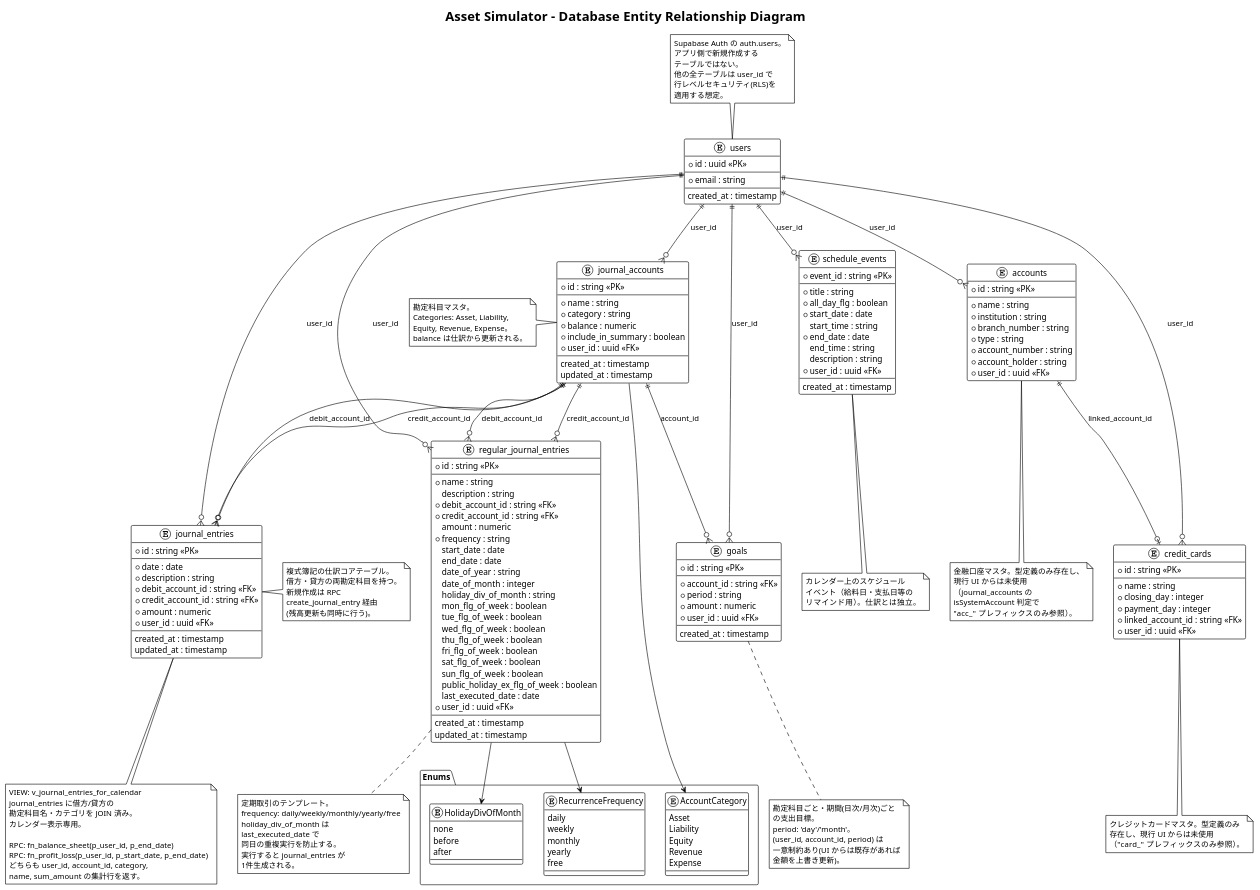
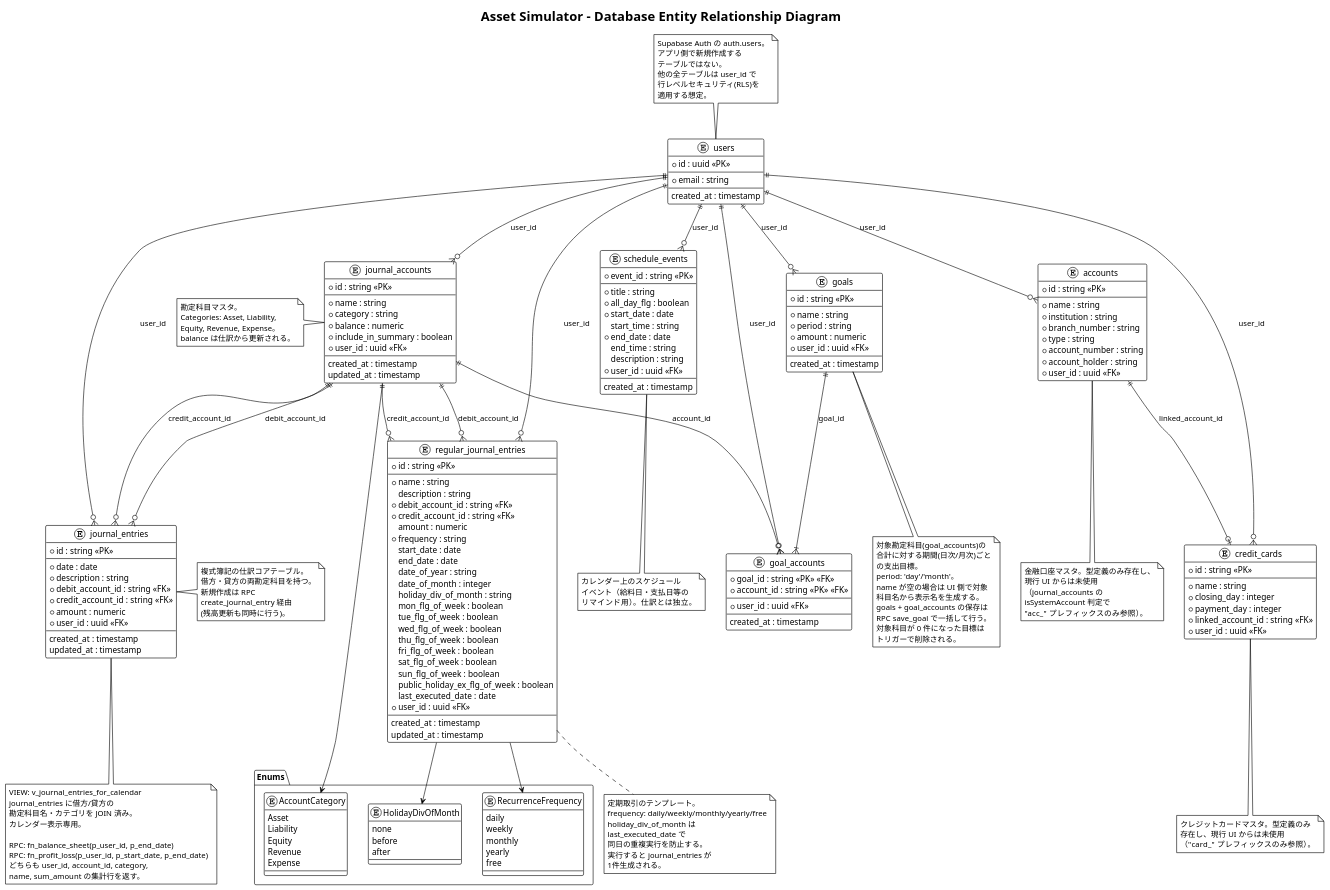
The diagram in docs/database/er_diagram.puml (AmonOhno/asset-simulator), drawn with PlantUML before and after one commit. The commit also changed 20 other files, not shown here.

```diff
--- a/docs/database/er_diagram.puml
+++ b/docs/database/er_diagram.puml
@@ -86,9 +86,18 @@
 entity "goals" as goals {
   * id : string <<PK>>
   --
-  * account_id : string <<FK>>
+  * name : string
   * period : string
   * amount : numeric
+  * user_id : uuid <<FK>>
+  --
+  created_at : timestamp
+}
+
+entity "goal_accounts" as goal_accounts {
+  * goal_id : string <<PK>> <<FK>>
+  * account_id : string <<PK>> <<FK>>
+  --
   * user_id : uuid <<FK>>
   --
   created_at : timestamp
@@ -124,6 +133,7 @@
 users ||--o{ accounts : "user_id"
 users ||--o{ credit_cards : "user_id"
 users ||--o{ goals : "user_id"
+users ||--o{ goal_accounts : "user_id"
 
 accounts ||--o| credit_cards : "linked_account_id"
 
@@ -133,7 +143,8 @@
 journal_accounts ||--o{ regular_journal_entries : "debit_account_id"
 journal_accounts ||--o{ regular_journal_entries : "credit_account_id"
 
-journal_accounts ||--o{ goals : "account_id"
+goals ||--|{ goal_accounts : "goal_id"
+journal_accounts ||--o{ goal_accounts : "account_id"
 
 ' --- Notes ---
 note top of users
@@ -178,12 +189,16 @@
 end note
 
 note bottom of goals
-  勘定科目ごと・期間(日次/月次)ごと
+  対象勘定科目(goal_accounts)の
+  合計に対する期間(日次/月次)ごと
   の支出目標。
   period: 'day'/'month'。
-  (user_id, account_id, period) は
-  一意制約あり(UI からは既存があれば
-  金額を上書き更新)。
+  name が空の場合は UI 側で対象
+  科目名から表示名を生成する。
+  goals + goal_accounts の保存は
+  RPC save_goal で一括して行う。
+  対象科目が 0 件になった目標は
+  トリガーで削除される。
 end note
 
 note bottom of accounts
```
